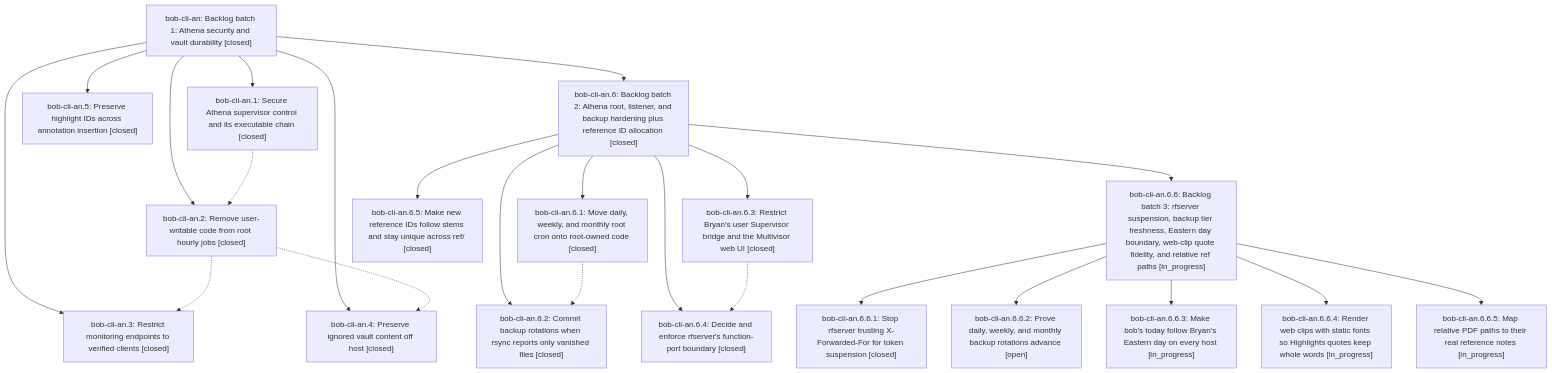
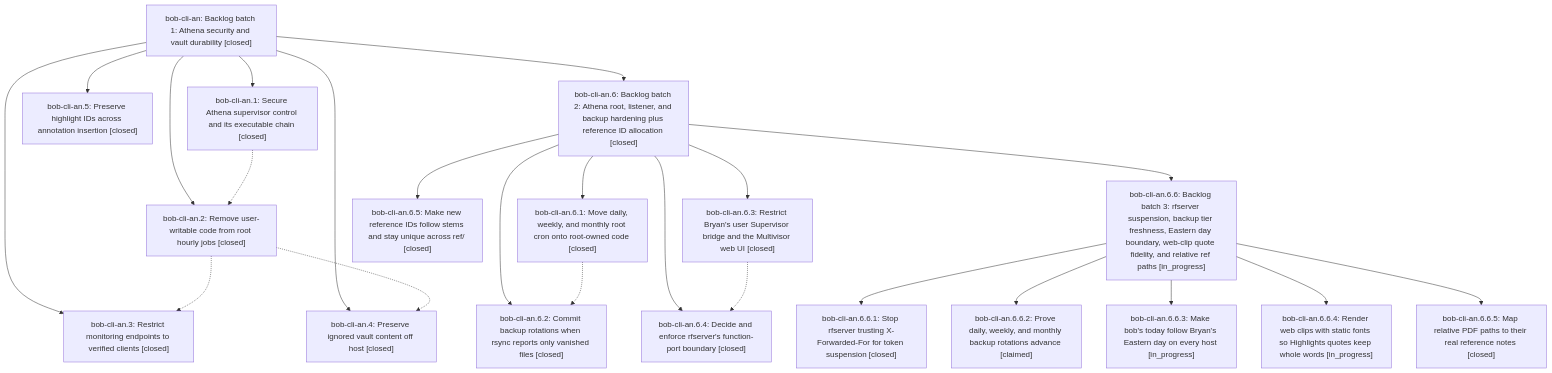
Before and after one commit to bobs-org/bob-cli--beads: the diagram in pages/bob-cli-an/README.md, drawn with Mermaid. The commit also changed other lines of this file and 6 other files, not shown here.

First line of the commit message:
chore(beads): sync bead state and pages for bob-cli-an

````diff
--- a/pages/bob-cli-an/README.md
+++ b/pages/bob-cli-an/README.md
@@ -48,43 +48,43 @@
 ```mermaid
 flowchart TD
     n0["bob-cli-an: Backlog batch 1: Athena security and vault durability [closed]"]
     n1["bob-cli-an.1: Secure Athena supervisor control and its executable chain [closed]"]
     n2["bob-cli-an.2: Remove user-writable code from root hourly jobs [closed]"]
     n3["bob-cli-an.3: Restrict monitoring endpoints to verified clients [closed]"]
     n4["bob-cli-an.4: Preserve ignored vault content off host [closed]"]
     n5["bob-cli-an.5: Preserve highlight IDs across annotation insertion [closed]"]
     n6["bob-cli-an.6: Backlog batch 2: Athena root, listener, and backup hardening plus reference ID allocation [closed]"]
     n7["bob-cli-an.6.1: Move daily, weekly, and monthly root cron onto root-owned code [closed]"]
     n8["bob-cli-an.6.2: Commit backup rotations when rsync reports only vanished files [closed]"]
     n9["bob-cli-an.6.3: Restrict Bryan's user Supervisor bridge and the Multivisor web UI [closed]"]
     n10["bob-cli-an.6.4: Decide and enforce rfserver's function-port boundary [closed]"]
     n11["bob-cli-an.6.5: Make new reference IDs follow stems and stay unique across ref/ [closed]"]
     n12["bob-cli-an.6.6: Backlog batch 3: rfserver suspension, backup tier freshness, Eastern day boundary, web-clip quote fidelity, and relative ref paths [in_progress]"]
     n13["bob-cli-an.6.6.1: Stop rfserver trusting X-Forwarded-For for token suspension [closed]"]
-    n14["bob-cli-an.6.6.2: Prove daily, weekly, and monthly backup rotations advance [open]"]
+    n14["bob-cli-an.6.6.2: Prove daily, weekly, and monthly backup rotations advance [claimed]"]
     n15["bob-cli-an.6.6.3: Make bob's today follow Bryan's Eastern day on every host [in_progress]"]
     n16["bob-cli-an.6.6.4: Render web clips with static fonts so Highlights quotes keep whole words [in_progress]"]
-    n17["bob-cli-an.6.6.5: Map relative PDF paths to their real reference notes [in_progress]"]
+    n17["bob-cli-an.6.6.5: Map relative PDF paths to their real reference notes [closed]"]
     n0 --> n1
     n0 --> n2
     n0 --> n3
     n0 --> n4
     n0 --> n5
     n0 --> n6
     n6 --> n7
     n6 --> n8
     n6 --> n9
     n6 --> n10
     n6 --> n11
     n6 --> n12
     n12 --> n13
     n12 --> n14
     n12 --> n15
     n12 --> n16
     n12 --> n17
     n1 -.-> n2
     n2 -.-> n3
     n2 -.-> n4
     n7 -.-> n8
     n9 -.-> n10
 ```
````
